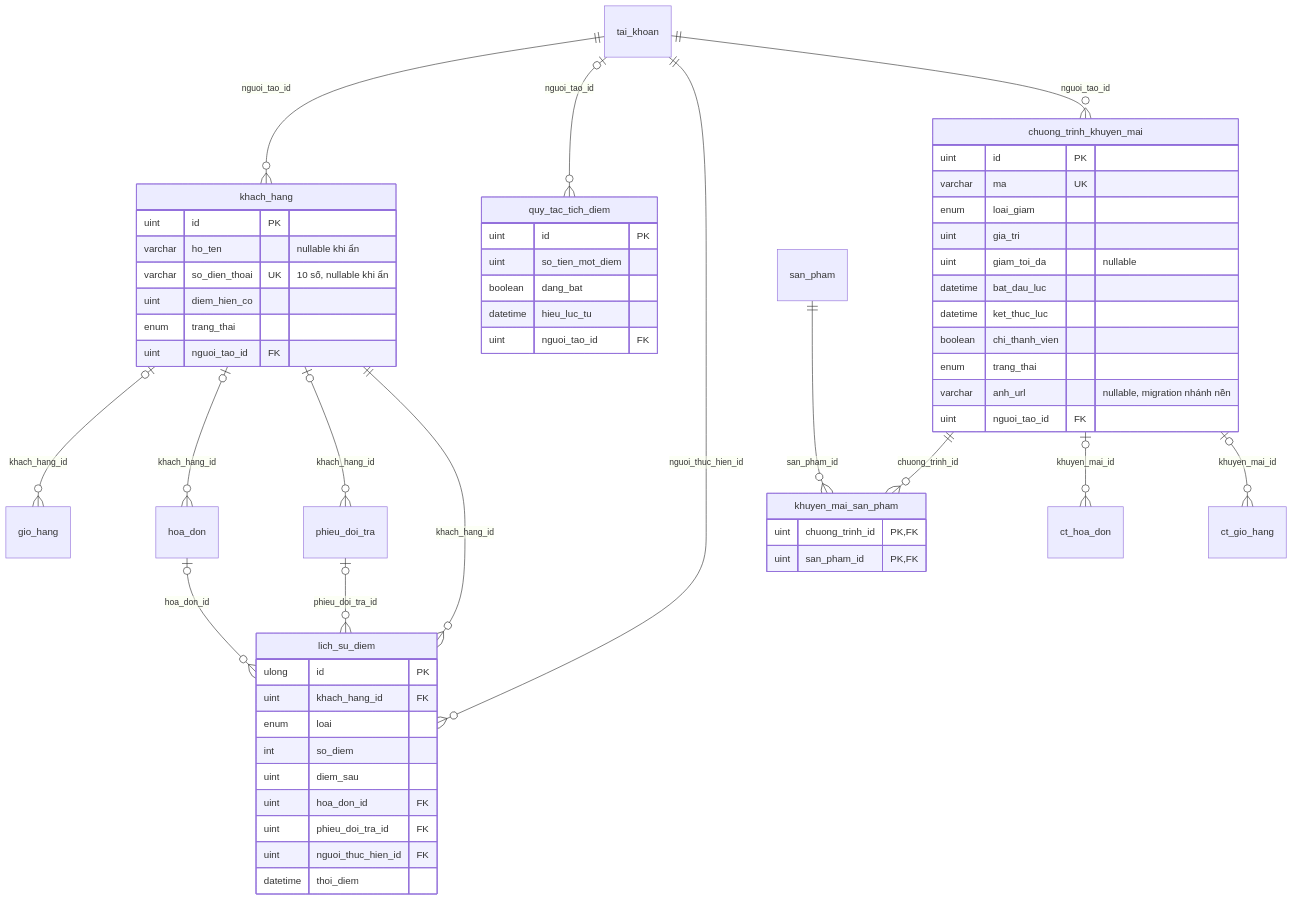
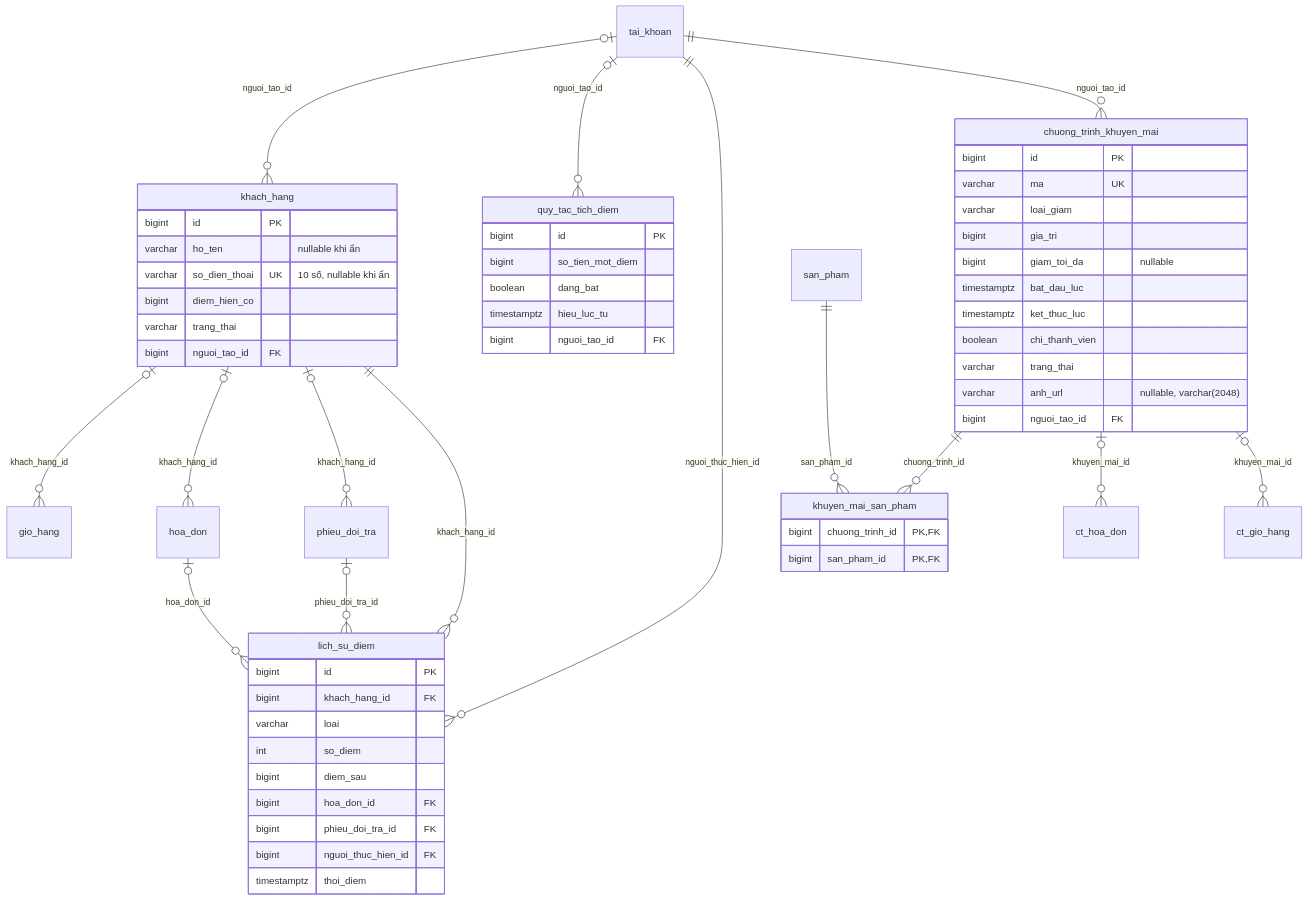
The diagram in docs/04-system-design/database/customers-promotions/README.md (mongtrucbay02-sys/Convenience-Store-Management-System), drawn with Mermaid before and after one commit. The commit also changed other lines of this file and 15 other files, not shown here.

````diff
--- a/docs/04-system-design/database/customers-promotions/README.md
+++ b/docs/04-system-design/database/customers-promotions/README.md
@@ -5,60 +5,60 @@
 ```mermaid
 erDiagram
-    tai_khoan ||--o{ khach_hang : nguoi_tao_id
+    tai_khoan |o--o{ khach_hang : nguoi_tao_id
     tai_khoan |o--o{ quy_tac_tich_diem : nguoi_tao_id
     tai_khoan ||--o{ lich_su_diem : nguoi_thuc_hien_id
     tai_khoan ||--o{ chuong_trinh_khuyen_mai : nguoi_tao_id
     khach_hang |o--o{ gio_hang : khach_hang_id
     khach_hang |o--o{ hoa_don : khach_hang_id
     khach_hang |o--o{ phieu_doi_tra : khach_hang_id
     khach_hang ||--o{ lich_su_diem : khach_hang_id
     hoa_don |o--o{ lich_su_diem : hoa_don_id
     phieu_doi_tra |o--o{ lich_su_diem : phieu_doi_tra_id
     chuong_trinh_khuyen_mai ||--o{ khuyen_mai_san_pham : chuong_trinh_id
     san_pham ||--o{ khuyen_mai_san_pham : san_pham_id
     chuong_trinh_khuyen_mai |o--o{ ct_hoa_don : khuyen_mai_id
     chuong_trinh_khuyen_mai |o--o{ ct_gio_hang : khuyen_mai_id
     khach_hang {
-        uint id PK
+        bigint id PK
         varchar ho_ten "nullable khi ẩn"
         varchar so_dien_thoai UK "10 số, nullable khi ẩn"
-        uint diem_hien_co
-        enum trang_thai
-        uint nguoi_tao_id FK
+        bigint diem_hien_co
+        varchar trang_thai
+        bigint nguoi_tao_id FK
     }
     quy_tac_tich_diem {
-        uint id PK
-        uint so_tien_mot_diem
+        bigint id PK
+        bigint so_tien_mot_diem
         boolean dang_bat
-        datetime hieu_luc_tu
-        uint nguoi_tao_id FK
+        timestamptz hieu_luc_tu
+        bigint nguoi_tao_id FK
     }
     lich_su_diem {
-        ulong id PK
-        uint khach_hang_id FK
-        enum loai
+        bigint id PK
+        bigint khach_hang_id FK
+        varchar loai
         int so_diem
-        uint diem_sau
-        uint hoa_don_id FK
-        uint phieu_doi_tra_id FK
-        uint nguoi_thuc_hien_id FK
-        datetime thoi_diem
+        bigint diem_sau
+        bigint hoa_don_id FK
+        bigint phieu_doi_tra_id FK
+        bigint nguoi_thuc_hien_id FK
+        timestamptz thoi_diem
     }
     chuong_trinh_khuyen_mai {
-        uint id PK
+        bigint id PK
         varchar ma UK
-        enum loai_giam
-        uint gia_tri
-        uint giam_toi_da "nullable"
-        datetime bat_dau_luc
-        datetime ket_thuc_luc
+        varchar loai_giam
+        bigint gia_tri
+        bigint giam_toi_da "nullable"
+        timestamptz bat_dau_luc
+        timestamptz ket_thuc_luc
         boolean chi_thanh_vien
-        enum trang_thai
-        varchar anh_url "nullable, migration nhánh nền"
-        uint nguoi_tao_id FK
+        varchar trang_thai
+        varchar anh_url "nullable, varchar(2048)"
+        bigint nguoi_tao_id FK
     }
     khuyen_mai_san_pham {
-        uint chuong_trinh_id PK,FK
-        uint san_pham_id PK,FK
+        bigint chuong_trinh_id PK,FK
+        bigint san_pham_id PK,FK
     }
 ```
````
